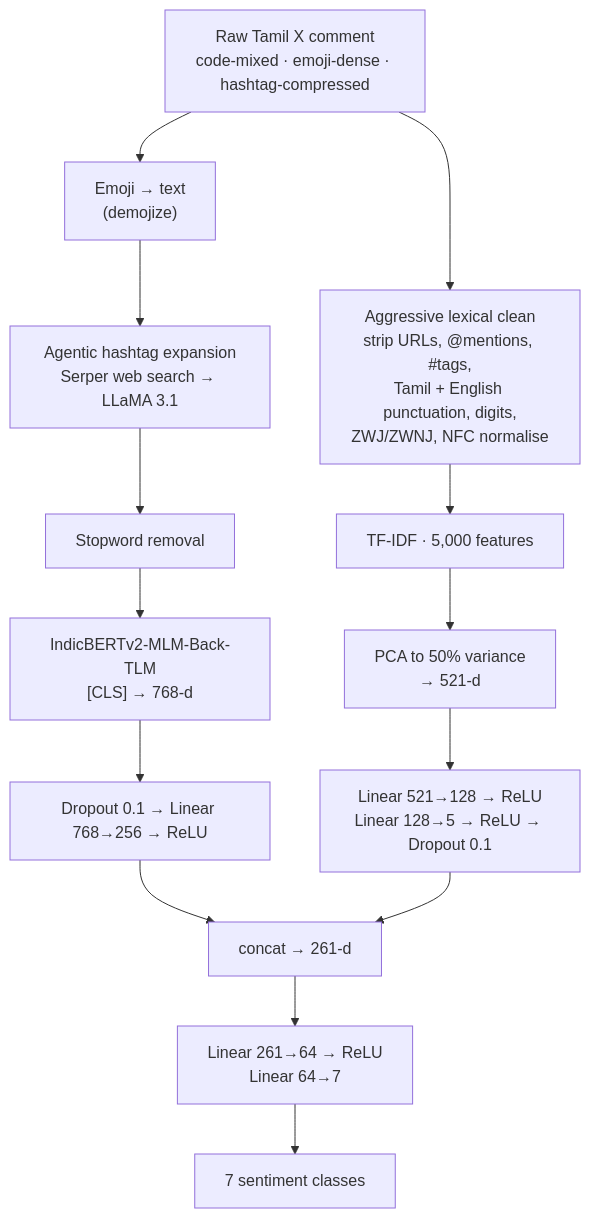
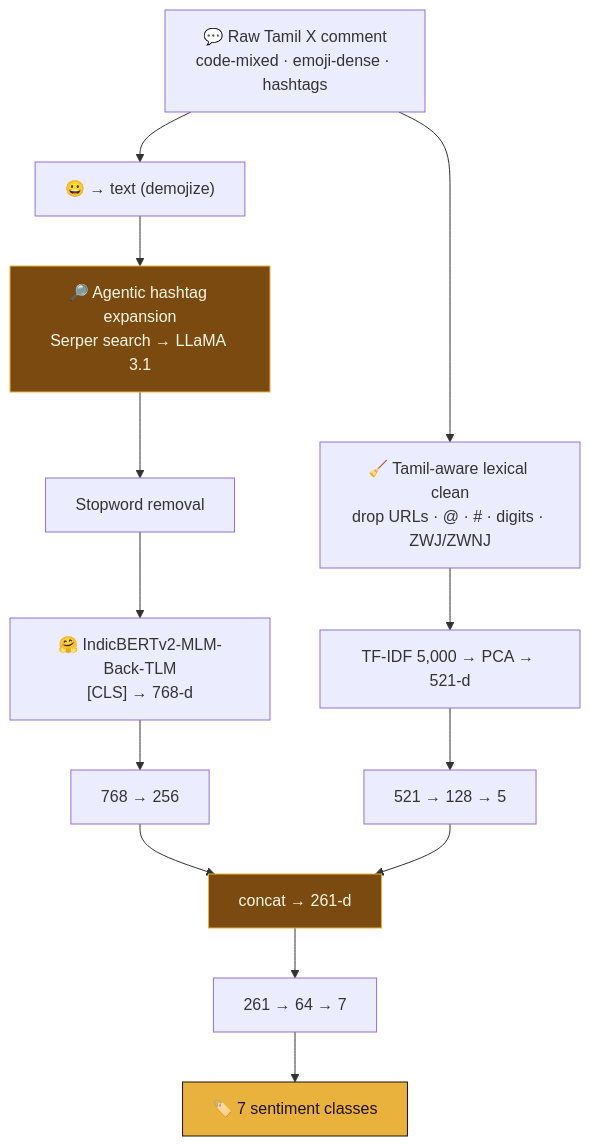
The diagram in gh-readmes/NAACL_DravidianLangTech_2025/README.md (Vishal-AS-0407/portfolio), drawn with Mermaid before and after one commit. The commit also changed other lines of this file and 62 other files, not shown here.

````diff
--- a/gh-readmes/NAACL_DravidianLangTech_2025/README.md
+++ b/gh-readmes/NAACL_DravidianLangTech_2025/README.md
@@ -57,21 +108,19 @@
 ```mermaid
 flowchart TD
-    RAW["Raw Tamil X comment<br/>code-mixed · emoji-dense · hashtag-compressed"]
-
-    RAW --> EMO["Emoji → text<br/>(demojize)"]
-    EMO --> HASH["Agentic hashtag expansion<br/>Serper web search → LLaMA 3.1"]
+    RAW["💬 Raw Tamil X comment<br/>code-mixed · emoji-dense · hashtags"]
+    RAW --> EMO["😀 → text (demojize)"]
+    EMO --> HASH["🔎 Agentic hashtag expansion<br/>Serper search → LLaMA 3.1"]
     HASH --> STOP["Stopword removal"]
-
-    STOP --> DENSE["IndicBERTv2-MLM-Back-TLM<br/>[CLS] → 768-d"]
-    RAW  --> CLEAN["Aggressive lexical clean<br/>strip URLs, @mentions, #tags,<br/>Tamil + English punctuation, digits,<br/>ZWJ/ZWNJ, NFC normalise"]
-    CLEAN --> TFIDF["TF-IDF · 5,000 features"]
-    TFIDF --> PCA["PCA to 50% variance<br/>→ 521-d"]
-
-    DENSE --> D1["Dropout 0.1 → Linear 768→256 → ReLU"]
-    PCA   --> S1["Linear 521→128 → ReLU<br/>Linear 128→5 → ReLU → Dropout 0.1"]
-
+    STOP --> DENSE["🤗 IndicBERTv2-MLM-Back-TLM<br/>[CLS] → 768-d"]
+    RAW --> CLEAN["🧹 Tamil-aware lexical clean<br/>drop URLs · @ · # · digits · ZWJ/ZWNJ"]
+    CLEAN --> TFIDF["TF-IDF 5,000 → PCA → 521-d"]
+    DENSE --> D1["768 → 256"]
+    TFIDF --> S1["521 → 128 → 5"]
     D1 --> CAT["concat → 261-d"]
     S1 --> CAT
-    CAT --> HEAD["Linear 261→64 → ReLU<br/>Linear 64→7"]
-    HEAD --> OUT["7 sentiment classes"]
+    CAT --> HEAD["261 → 64 → 7"]
+    HEAD --> OUT["🏷️ 7 sentiment classes"]
+    style HASH fill:#7A4A10,stroke:#E9B23C,color:#FFF7E6
+    style CAT fill:#7A4A10,stroke:#E9B23C,color:#FFF7E6
+    style OUT fill:#E9B23C,stroke:#1C1206,color:#1C1206
 ```
````
